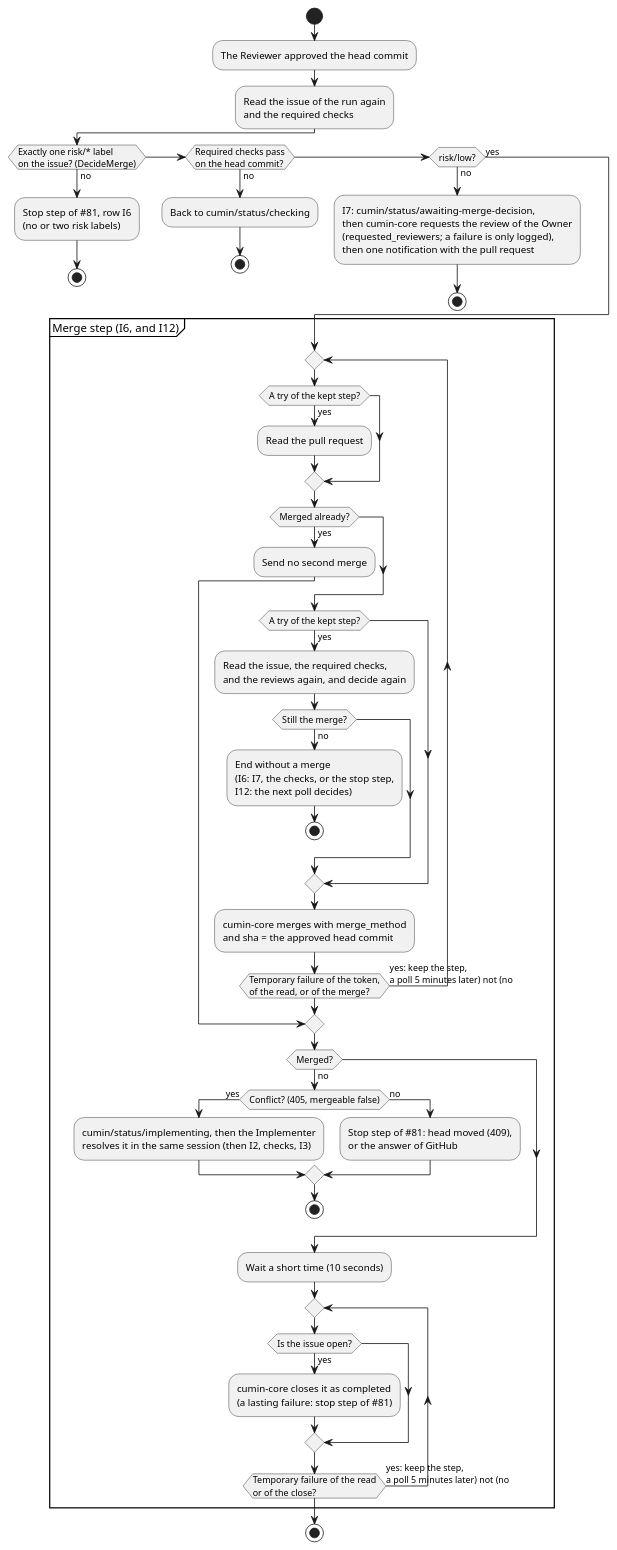
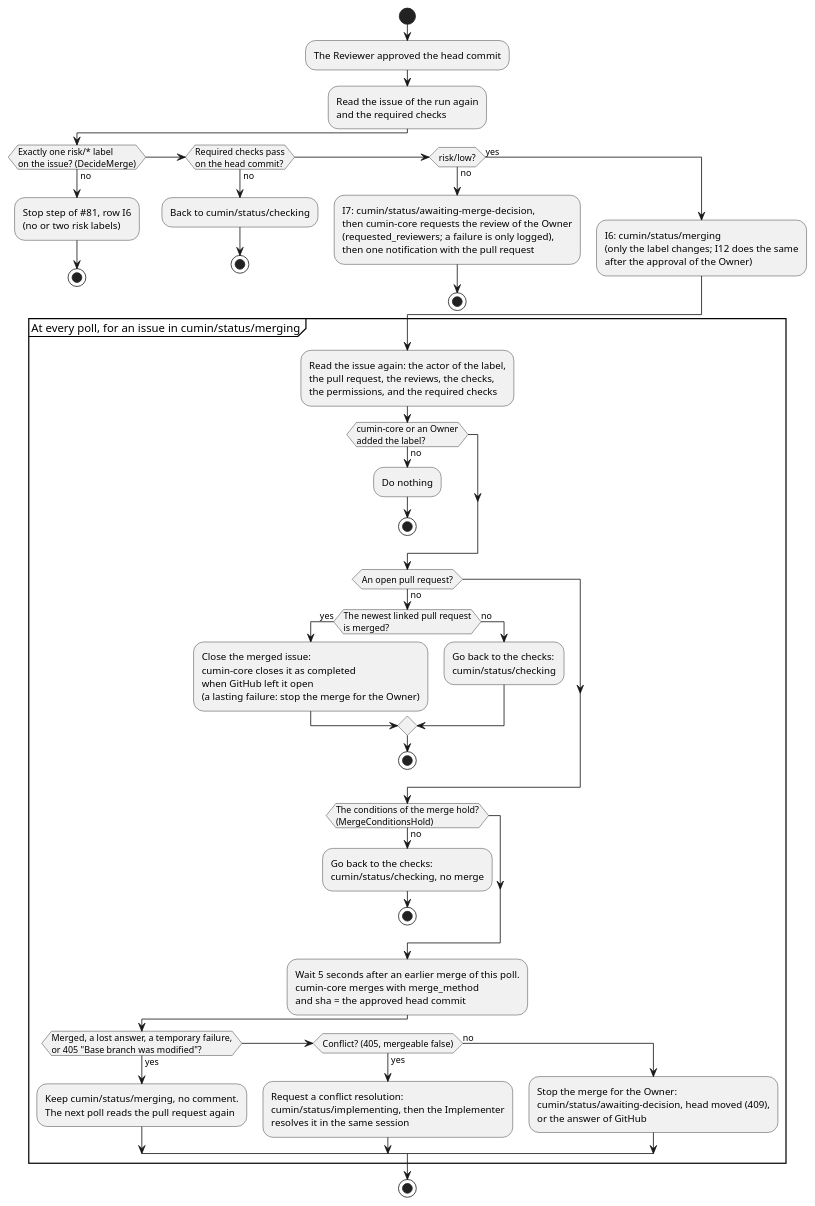
One commit to cloveclovedev/cumin-works changed the diagram in docs/ja/designs/poll-merge.puml. Above: the diagram before and after it, drawn with PlantUML. The commit also changed 21 other files, not shown here.

First line of the commit message:
feat(workflow): add the state merging and decide each merge step from the pull request (#549)

```diff
--- a/docs/ja/designs/poll-merge.puml
+++ b/docs/ja/designs/poll-merge.puml
@@ -1,74 +1,78 @@
 @startuml poll-merge
-' cumin works - the approved pull request (I6, I7) and the merge step that I12 reuses.
+' cumin works - the approved pull request (I6, I7) and the steps in cumin/status/merging.
 ' Document: poll.md, section on the merge step.
 ' Render: run scripts/render-diagrams.sh at the root of the repository.
 skinparam shadowing false
 skinparam defaultFontName sans-serif
 
 start
 :The Reviewer approved the head commit;
 :Read the issue of the run again
 and the required checks;
 if (Exactly one risk/* label
 on the issue? (DecideMerge)) then (no)
   :Stop step of #81, row I6
   (no or two risk labels);
   stop
 elseif (Required checks pass
 on the head commit?) then (no)
   :Back to cumin/status/checking;
   stop
 elseif (risk/low?) then (no)
   :I7: cumin/status/awaiting-merge-decision,
   then cumin-core requests the review of the Owner
   (requested_reviewers; a failure is only logged),
   then one notification with the pull request;
   stop
 else (yes)
+  :I6: cumin/status/merging
+  (only the label changes; I12 does the same
+  after the approval of the Owner);
 endif
-partition "Merge step (I6, and I12)" {
-  repeat
-    if (A try of the kept step?) then (yes)
-      :Read the pull request;
-    endif
-    if (Merged already?) then (yes)
-      :Send no second merge;
-      break
-    endif
-    if (A try of the kept step?) then (yes)
-      :Read the issue, the required checks,
-      and the reviews again, and decide again;
-      if (Still the merge?) then (no)
-        :End without a merge
-        (I6: I7, the checks, or the stop step,
-        I12: the next poll decides);
-        stop
-      endif
-    endif
-    :cumin-core merges with merge_method
-    and sha = the approved head commit;
-  repeat while (Temporary failure of the token,
-of the read, or of the merge?) is (yes: keep the step,
-a poll 5 minutes later) not (no)
-  if (Merged?) then (no)
-    if (Conflict? (405, mergeable false)) then (yes)
-      :cumin/status/implementing, then the Implementer
-      resolves it in the same session (then I2, checks, I3);
+partition "At every poll, for an issue in cumin/status/merging" {
+  :Read the issue again: the actor of the label,
+  the pull request, the reviews, the checks,
+  the permissions, and the required checks;
+  if (cumin-core or an Owner
+added the label?) then (no)
+    :Do nothing;
+    stop
+  endif
+  if (An open pull request?) then (no)
+    if (The newest linked pull request
+is merged?) then (yes)
+      :Close the merged issue:
+      cumin-core closes it as completed
+      when GitHub left it open
+      (a lasting failure: stop the merge for the Owner);
     else (no)
-      :Stop step of #81: head moved (409),
-      or the answer of GitHub;
+      :Go back to the checks:
+      cumin/status/checking;
     endif
     stop
   endif
-  :Wait a short time (10 seconds);
-  repeat
-    if (Is the issue open?) then (yes)
-      :cumin-core closes it as completed
-      (a lasting failure: stop step of #81);
-    endif
-  repeat while (Temporary failure of the read
-or of the close?) is (yes: keep the step,
-a poll 5 minutes later) not (no)
+  if (The conditions of the merge hold?
+(MergeConditionsHold)) then (no)
+    :Go back to the checks:
+    cumin/status/checking, no merge;
+    stop
+  endif
+  :Wait 5 seconds after an earlier merge of this poll.
+  cumin-core merges with merge_method
+  and sha = the approved head commit;
+  if (Merged, a lost answer, a temporary failure,
+or 405 "Base branch was modified"?) then (yes)
+    :Keep cumin/status/merging, no comment.
+    The next poll reads the pull request again;
+  elseif (Conflict? (405, mergeable false)) then (yes)
+    :Request a conflict resolution:
+    cumin/status/implementing, then the Implementer
+    resolves it in the same session;
+  else (no)
+    :Stop the merge for the Owner:
+    cumin/status/awaiting-decision, head moved (409),
+    or the answer of GitHub;
+  endif
 }
 stop
 @enduml
```
